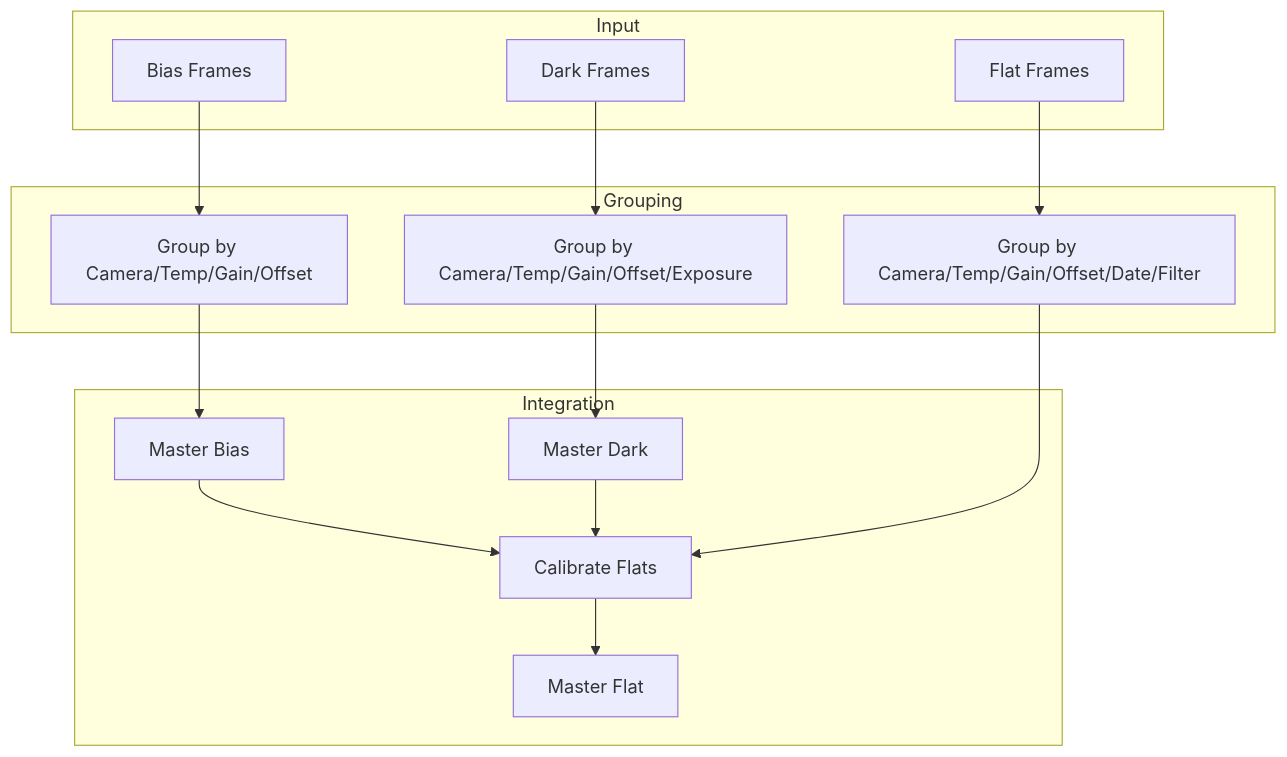
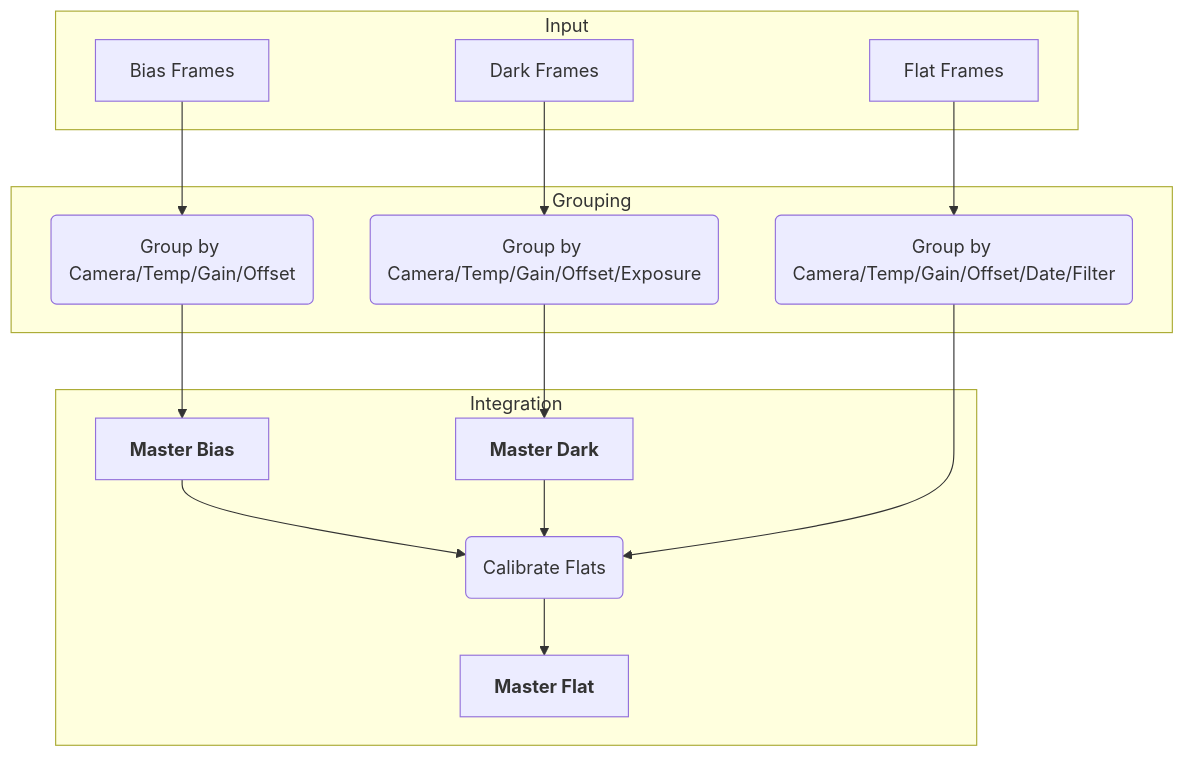
Before and after one commit to jewzaam/ap-base: the fifth of 6 diagrams in docs/workflow.md, drawn with Mermaid. The commit also changed other lines of this file and 6 other files, not shown here.

````diff
--- a/docs/workflow.md
+++ b/docs/workflow.md
@@ -156,23 +157,23 @@
 ```mermaid
 flowchart TB
     subgraph Input
         BIAS[Bias Frames]
         DARK[Dark Frames]
         FLAT[Flat Frames]
     end
 
     subgraph Grouping
-        BIAS --> GROUP_B[Group by Camera/Temp/Gain/Offset]
-        DARK --> GROUP_D[Group by Camera/Temp/Gain/Offset/Exposure]
-        FLAT --> GROUP_F[Group by Camera/Temp/Gain/Offset/Date/Filter]
+        BIAS --> GROUP_B(Group by Camera/Temp/Gain/Offset)
+        DARK --> GROUP_D(Group by Camera/Temp/Gain/Offset/Exposure)
+        FLAT --> GROUP_F(Group by Camera/Temp/Gain/Offset/Date/Filter)
     end
 
     subgraph Integration
-        GROUP_B --> MASTER_B[Master Bias]
-        GROUP_D --> MASTER_D[Master Dark]
-        MASTER_B --> CAL_F[Calibrate Flats]
+        GROUP_B --> MASTER_B["`**Master Bias**`"]
+        GROUP_D --> MASTER_D["`**Master Dark**`"]
+        MASTER_B --> CAL_F(Calibrate Flats)
         MASTER_D --> CAL_F
         GROUP_F --> CAL_F
-        CAL_F --> MASTER_F[Master Flat]
+        CAL_F --> MASTER_F["`**Master Flat**`"]
     end
 ```
````
